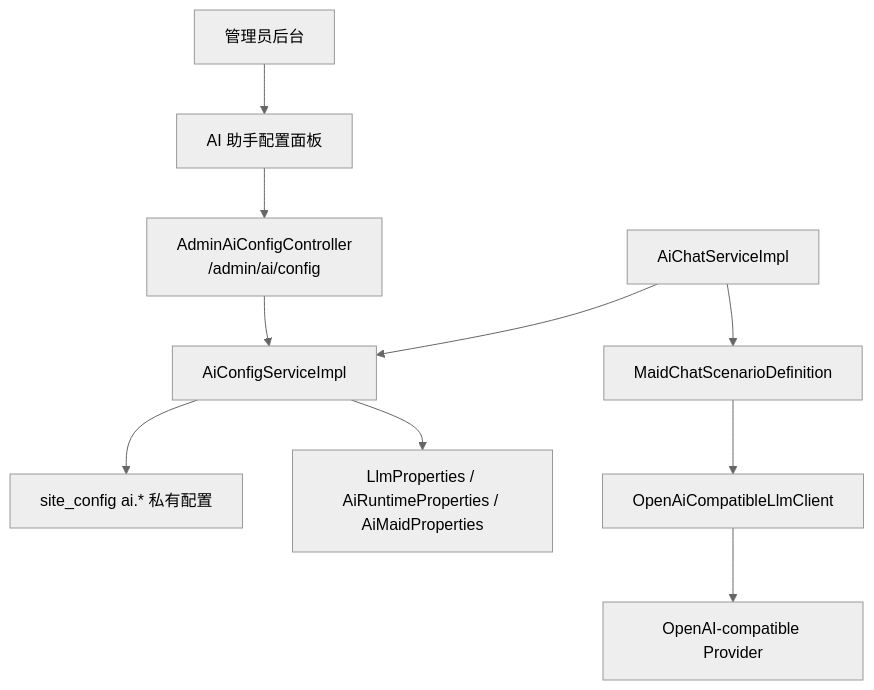
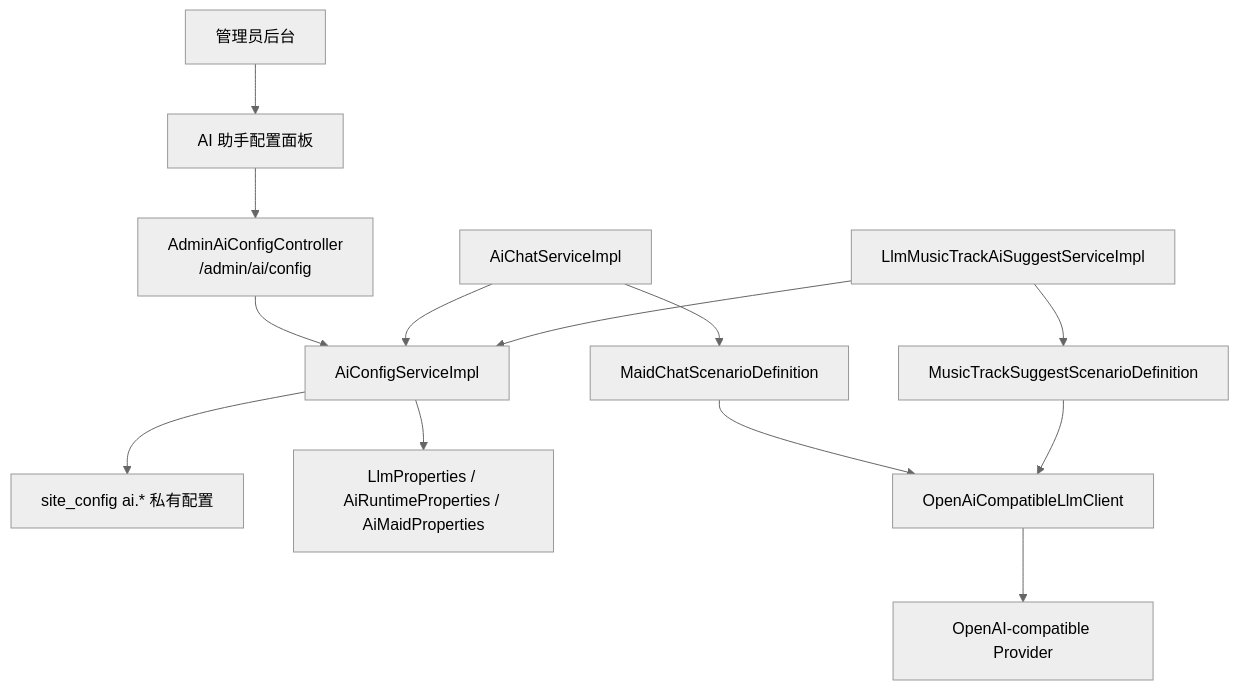
One commit to lightreet/Chen404Bac changed the diagram in doc/architecture/AI女仆后台配置设计.md. Above: the diagram before and after it, drawn with Mermaid (neutral theme). The commit also changed other lines of this file and 7 other files, not shown here.

````diff
--- a/doc/architecture/AI女仆后台配置设计.md
+++ b/doc/architecture/AI女仆后台配置设计.md
@@ -40,13 +41,16 @@
 ```mermaid
 flowchart TD
     Admin["管理员后台"] --> FE["AI 助手配置面板"]
     FE --> API["AdminAiConfigController<br/>/admin/ai/config"]
     API --> Service["AiConfigServiceImpl"]
     Service --> DB["site_config ai.* 私有配置"]
     Service --> Defaults["LlmProperties / AiRuntimeProperties / AiMaidProperties"]
 
     Chat["AiChatServiceImpl"] --> Service
+    Music["LlmMusicTrackAiSuggestServiceImpl"] --> Service
     Chat --> Scenario["MaidChatScenarioDefinition"]
+    Music --> MusicScenario["MusicTrackSuggestScenarioDefinition"]
     Scenario --> LLM["OpenAiCompatibleLlmClient"]
+    MusicScenario --> LLM
     LLM --> Provider["OpenAI-compatible Provider"]
 ```
````
